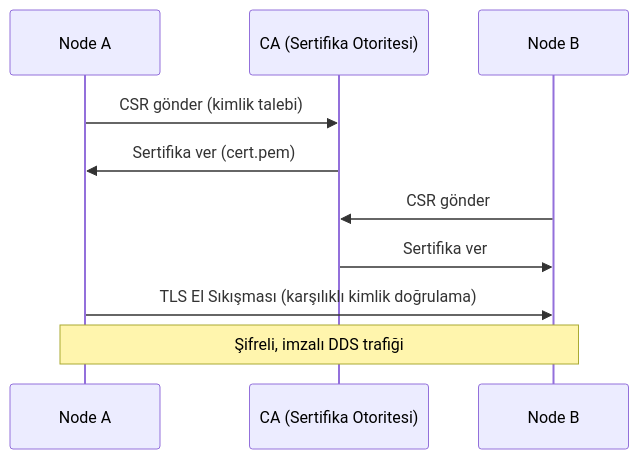
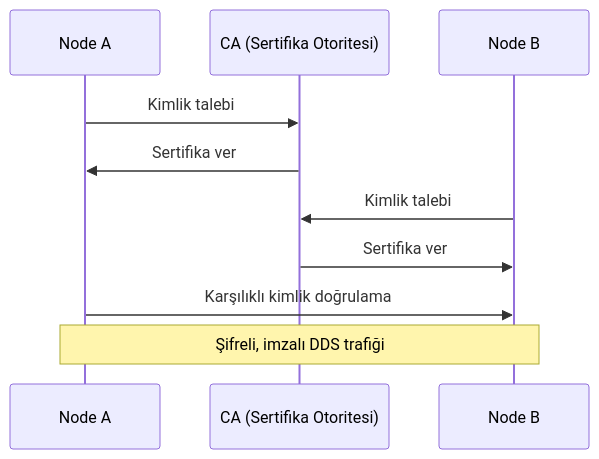
The fifth of 5 diagrams in docs/md/robotics/ros2.md (serkanMzlm/MechatronicsNotebook), drawn with Mermaid before and after one commit. The commit also changed other lines of this file and 3 other files, not shown here.

````diff
--- a/docs/md/robotics/ros2.md
+++ b/docs/md/robotics/ros2.md
@@ -1788,14 +214,14 @@
 ```mermaid
 sequenceDiagram
     participant A as Node A
     participant PKI as CA (Sertifika Otoritesi)
     participant B as Node B
 
-    A->>PKI: CSR gönder (kimlik talebi)
-    PKI->>A: Sertifika ver (cert.pem)
-    B->>PKI: CSR gönder
+    A->>PKI: Kimlik talebi
+    PKI->>A: Sertifika ver
+    B->>PKI: Kimlik talebi
     PKI->>B: Sertifika ver
 
-    A->>B: TLS El Sıkışması (karşılıklı kimlik doğrulama)
+    A->>B: Karşılıklı kimlik doğrulama
     Note over A,B: Şifreli, imzalı DDS trafiği
 ```
````
